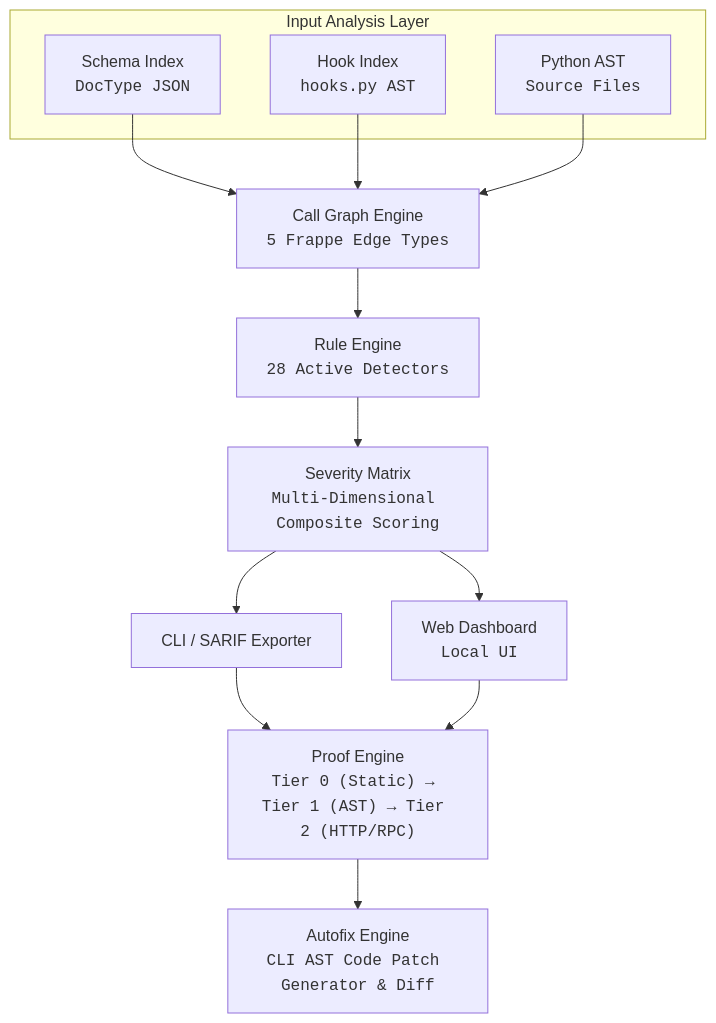
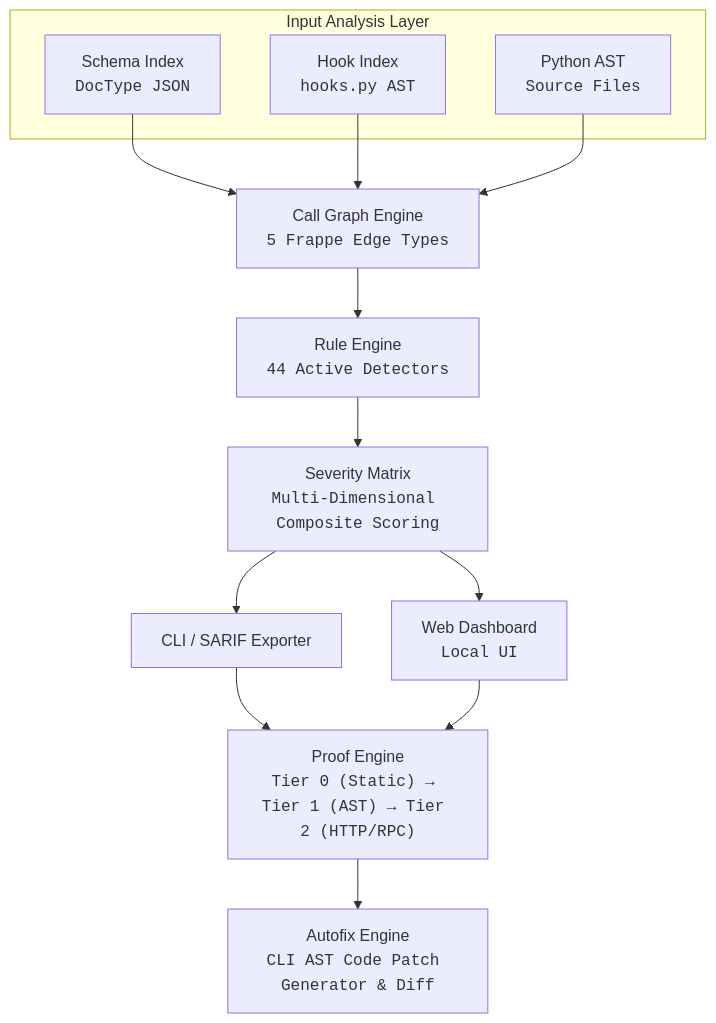
One commit to pratheep-bit/frapast changed the diagram in README.md. Above: the diagram before and after it, drawn with Mermaid. The commit also changed other lines of this file and 5 other files, not shown here.

````diff
--- a/README.md
+++ b/README.md
@@ -273,19 +316,19 @@
 ```mermaid
 flowchart TD
     subgraph Inputs ["Input Analysis Layer"]
         A["Schema Index<br/><code>DocType JSON</code>"]
         B["Hook Index<br/><code>hooks.py AST</code>"]
         C["Python AST<br/><code>Source Files</code>"]
     end
 
     A & B & C --> D["Call Graph Engine<br/><code>5 Frappe Edge Types</code>"]
     
-    D --> E["Rule Engine<br/><code>28 Active Detectors</code>"]
+    D --> E["Rule Engine<br/><code>44 Active Detectors</code>"]
     E --> F["Severity Matrix<br/><code>Multi-Dimensional Composite Scoring</code>"]
 
     F --> G["CLI / SARIF Exporter"]
     F --> H["Web Dashboard<br/><code>Local UI</code>"]
 
     G & H --> I["Proof Engine<br/><code>Tier 0 (Static) &rarr; Tier 1 (AST) &rarr; Tier 2 (HTTP/RPC)</code>"]
     I --> J["Autofix Engine<br/><code>CLI AST Code Patch Generator & Diff</code>"]
 ```
````
